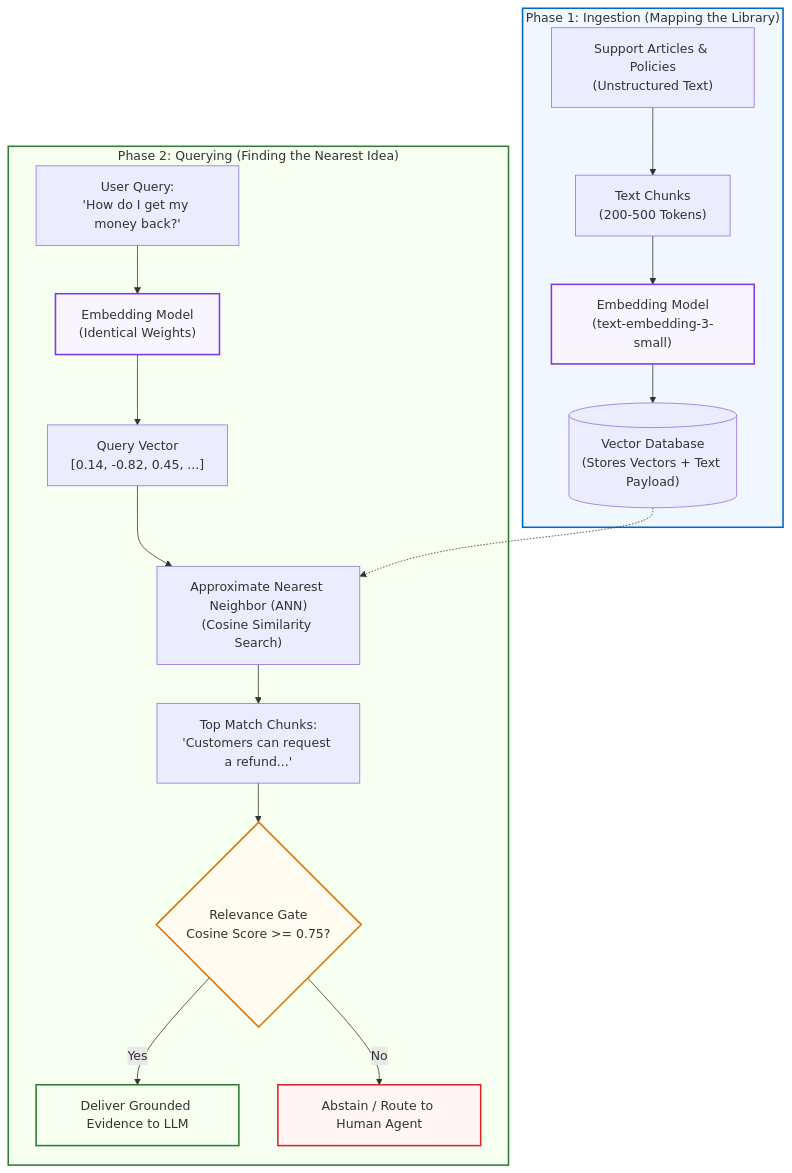
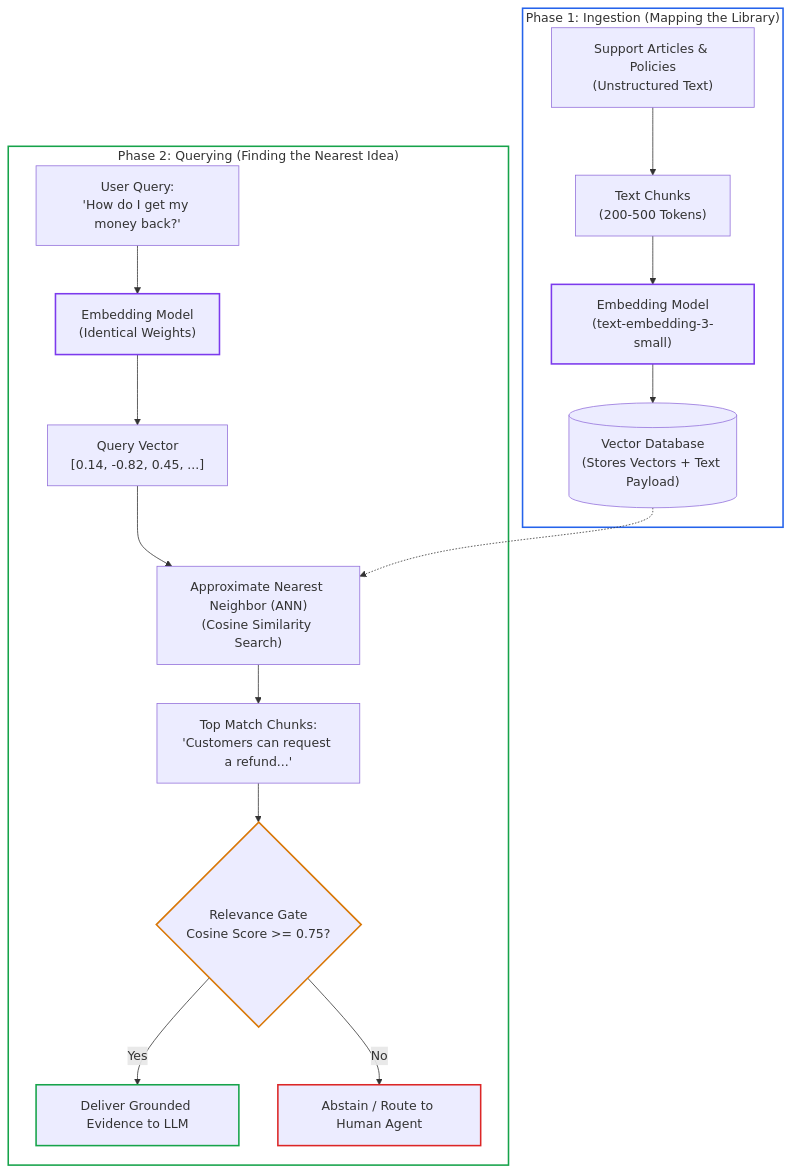
The diagram in .agents/skills/ai-curriculum-refactoring/examples/golden-lesson.md (dip4k/senior-engineer-to-ai-engineer-roadmap), drawn with Mermaid before and after one commit. The commit also changed 15 other files, not shown here.

First line of the commit message:
feat(curriculum): theme-adaptive diagrams, low-node modular flows, and Phase 00 beginner-style refactor

````diff
--- a/.agents/skills/ai-curriculum-refactoring/examples/golden-lesson.md
+++ b/.agents/skills/ai-curriculum-refactoring/examples/golden-lesson.md
@@ -44,27 +44,28 @@
 ```mermaid
 flowchart TD
     subgraph PHASE1["Phase 1: Ingestion (Mapping the Library)"]
         DOC["Support Articles & Policies<br>(Unstructured Text)"] --> CHUNK["Text Chunks<br>(200-500 Tokens)"]
         CHUNK --> EMBED1["Embedding Model<br>(text-embedding-3-small)"]
         EMBED1 --> VDB[("Vector Database<br>(Stores Vectors + Text Payload)")]
     end
 
     subgraph PHASE2["Phase 2: Querying (Finding the Nearest Idea)"]
         UQ["User Query:<br>'How do I get my money back?'"] --> EMBED2["Embedding Model<br>(Identical Weights)"]
         EMBED2 --> QV["Query Vector<br>[0.14, -0.82, 0.45, ...]"]
         QV --> ANN["Approximate Nearest Neighbor (ANN)<br>(Cosine Similarity Search)"]
         VDB -.-> ANN
         ANN --> MATCH["Top Match Chunks:<br>'Customers can request a refund...'"]
         MATCH --> GATE{"Relevance Gate<br>Cosine Score >= 0.75?"}
         GATE -- "Yes" --> PASS["Deliver Grounded Evidence to LLM"]
         GATE -- "No" --> FALLBACK["Abstain / Route to Human Agent"]
     end
 
-    style PHASE1 fill:#f0f7ff,stroke:#0066cc,stroke-width:2px
-    style PHASE2 fill:#f6fff0,stroke:#2e7d32,stroke-width:2px
-    style GATE fill:#fffbf0,stroke:#d97706,stroke-width:2px
-    style PASS fill:#f6fff0,stroke:#2e7d32,stroke-width:2px
-    style FALLBACK fill:#fff5f5,stroke:#dc2626,stroke-width:2px
-    style EMBED1 fill:#f8f5ff,stroke:#7c3aed,stroke-width:2px
-    style EMBED2 fill:#f8f5ff,stroke:#7c3aed,stroke-width:2px
+    style PHASE1 fill:none,stroke:#2563eb,stroke-width:2px
+    style PHASE2 fill:none,stroke:#16a34a,stroke-width:2px
+
+    style GATE stroke:#d97706,stroke-width:2px
+    style PASS stroke:#16a34a,stroke-width:2px
+    style FALLBACK stroke:#dc2626,stroke-width:2px
+    style EMBED1 stroke:#7c3aed,stroke-width:2px
+    style EMBED2 stroke:#7c3aed,stroke-width:2px
 ```
````
